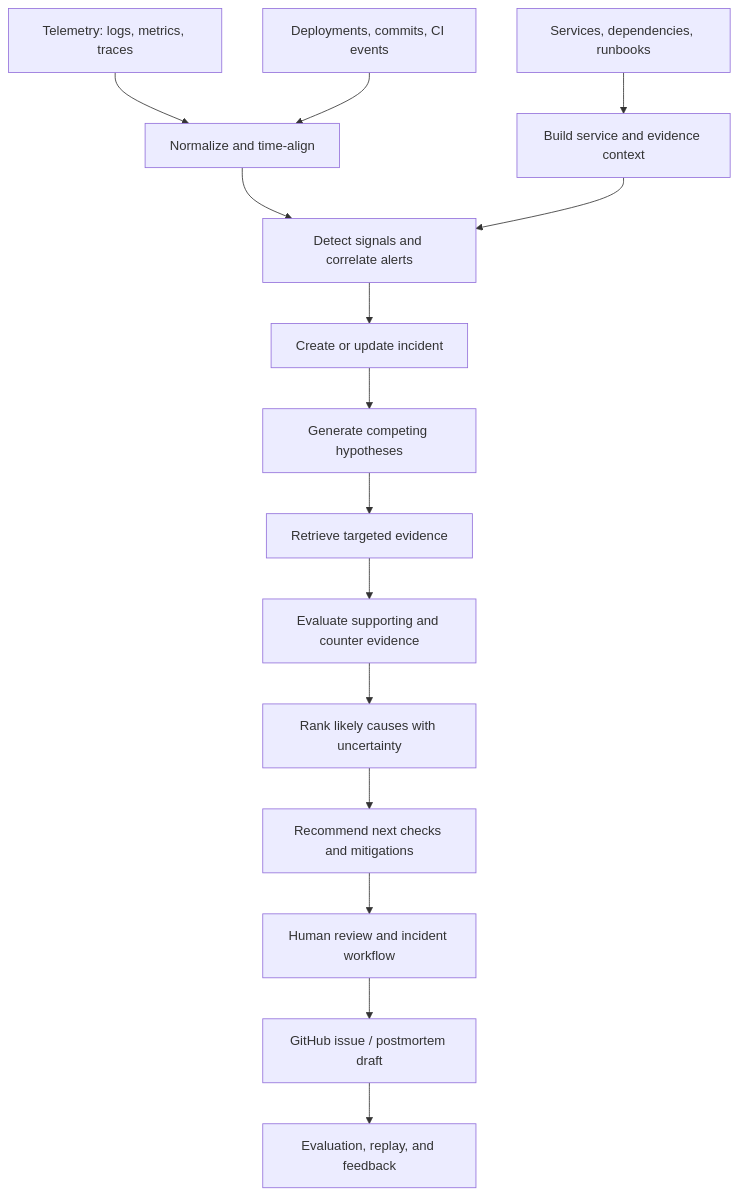
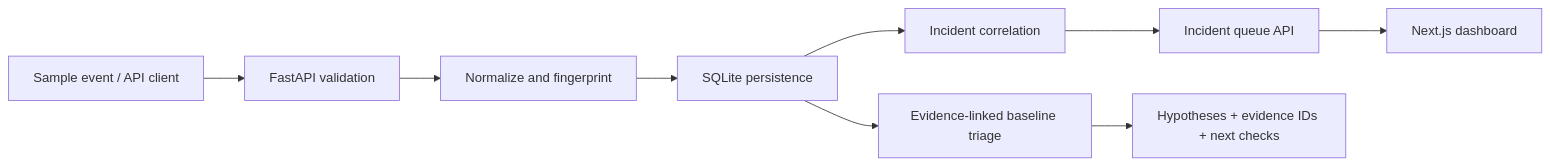
The diagram in README.md (Sanjayram3269/CloudOps-AI), drawn with Mermaid before and after one commit. The commit also changed other lines of this file, not shown here.

````diff
--- a/README.md
+++ b/README.md
@@ -32,17 +32,11 @@
-```mermaid
-flowchart TD
-    A[Telemetry: logs, metrics, traces] --> D[Normalize and time-align]
-    B[Deployments, commits, CI events] --> D
-    C[Services, dependencies, runbooks] --> E[Build service and evidence context]
-    D --> F[Detect signals and correlate alerts]
-    E --> F
-    F --> G[Create or update incident]
-    G --> H[Generate competing hypotheses]
-    H --> I[Retrieve targeted evidence]
-    I --> J[Evaluate supporting and counter evidence]
-    J --> K[Rank likely causes with uncertainty]
-    K --> L[Recommend next checks and mitigations]
-    L --> M[Human review and incident workflow]
-    M --> N[GitHub issue / postmortem draft]
-    N --> O[Evaluation, replay, and feedback]
-```
+~~~mermaid
+flowchart LR
+    A[Sample event / API client] --> B[FastAPI validation]
+    B --> C[Normalize and fingerprint]
+    C --> D[SQLite persistence]
+    D --> E[Incident correlation]
+    E --> F[Incident queue API]
+    D --> G[Evidence-linked baseline triage]
+    F --> H[Next.js dashboard]
+    G --> I[Hypotheses + evidence IDs + next checks]
+~~~
````
